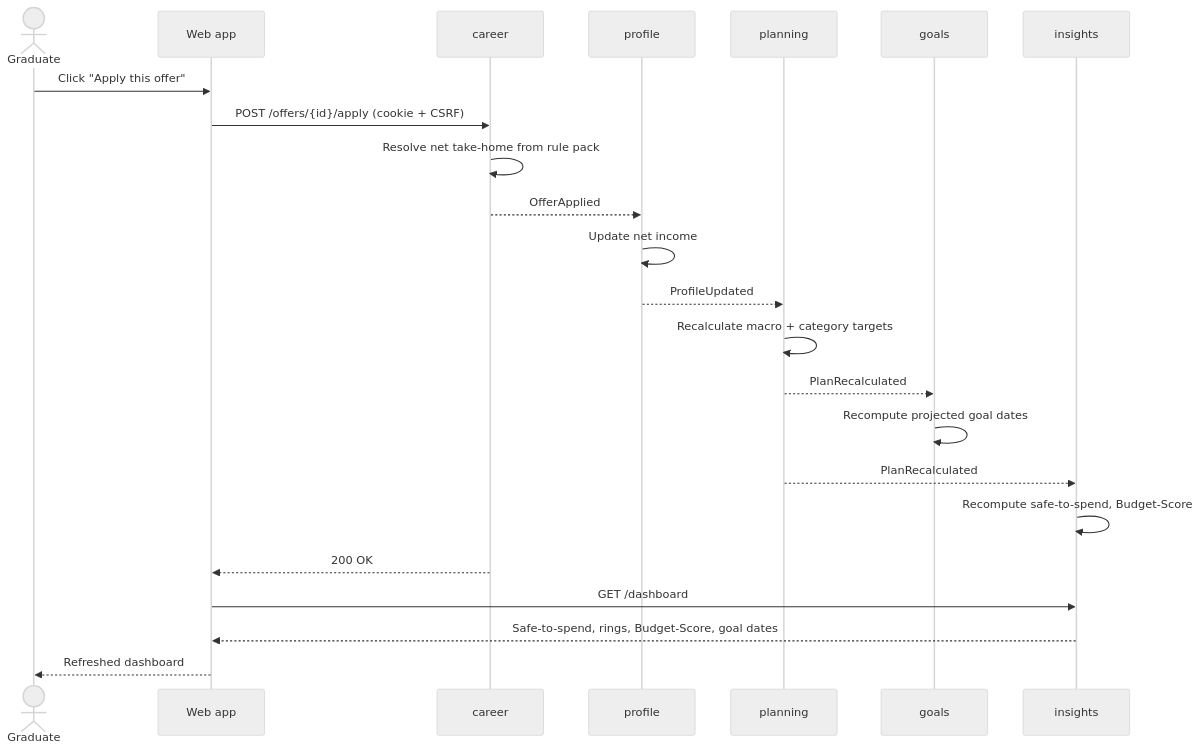
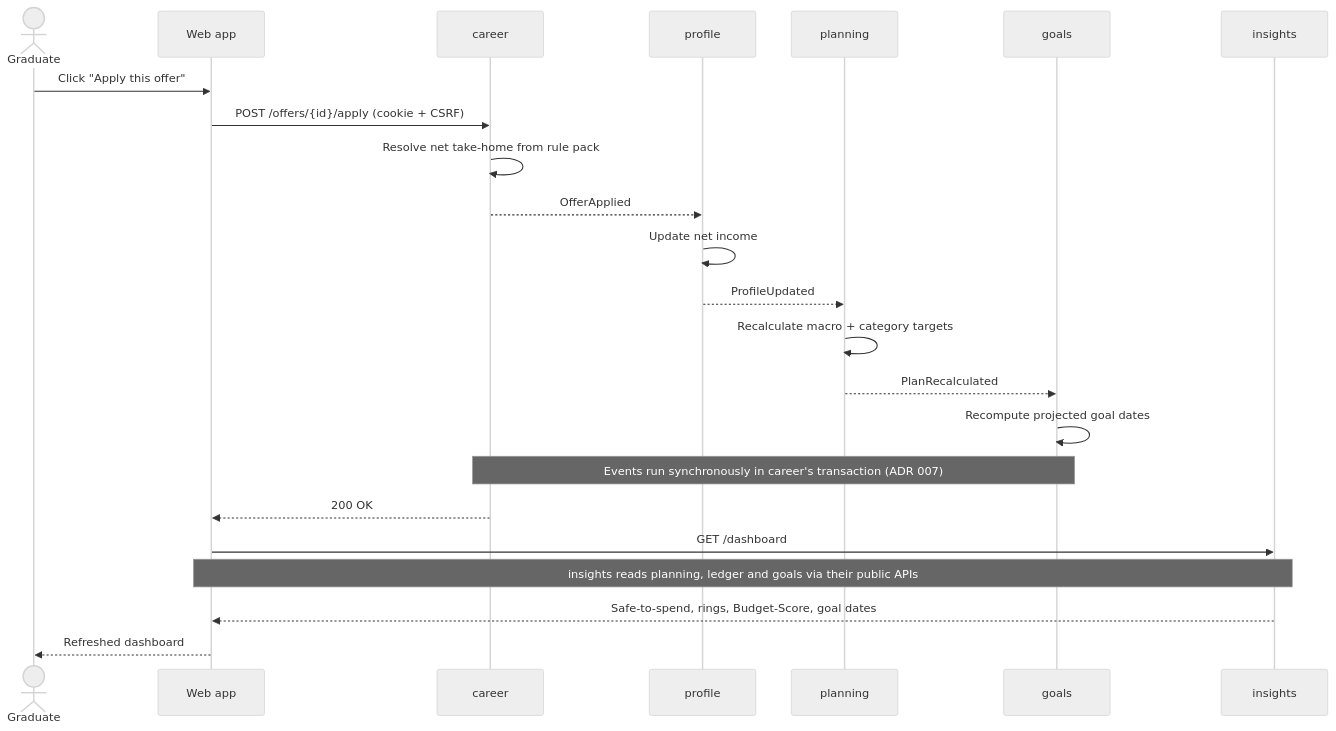
One commit to ilyas8888/moneymacros changed the fifth of 5 diagrams in docs/ARCHITECTURE.md. Above: the diagram before and after it, drawn with Mermaid (neutral theme). The commit also changed other lines of this file and 3 other files, not shown here.

````diff
--- a/docs/ARCHITECTURE.md
+++ b/docs/ARCHITECTURE.md
@@ -215,26 +225,26 @@
 ```mermaid
 sequenceDiagram
     actor U as Graduate
     participant W as Web app
     participant C as career
     participant P as profile
     participant PL as planning
     participant G as goals
     participant I as insights
 
     U->>W: Click "Apply this offer"
     W->>C: POST /offers/{id}/apply (cookie + CSRF)
     C->>C: Resolve net take-home from rule pack
     C-->>P: OfferApplied
     P->>P: Update net income
     P-->>PL: ProfileUpdated
     PL->>PL: Recalculate macro + category targets
     PL-->>G: PlanRecalculated
     G->>G: Recompute projected goal dates
-    PL-->>I: PlanRecalculated
-    I->>I: Recompute safe-to-spend, Budget-Score
+    Note over C,G: Events run synchronously in career's transaction (ADR 007)
     C-->>W: 200 OK
     W->>I: GET /dashboard
+    Note over W,I: insights reads planning, ledger and goals via their public APIs
     I-->>W: Safe-to-spend, rings, Budget-Score, goal dates
     W-->>U: Refreshed dashboard
 ```
````
